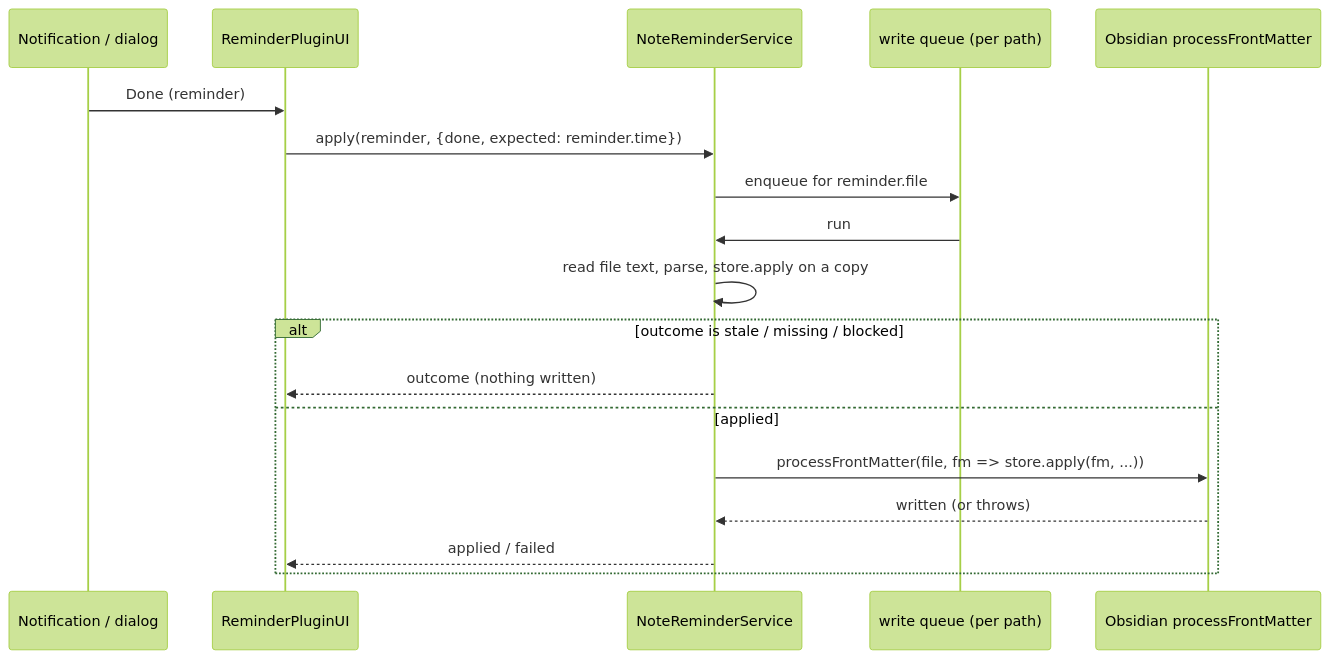
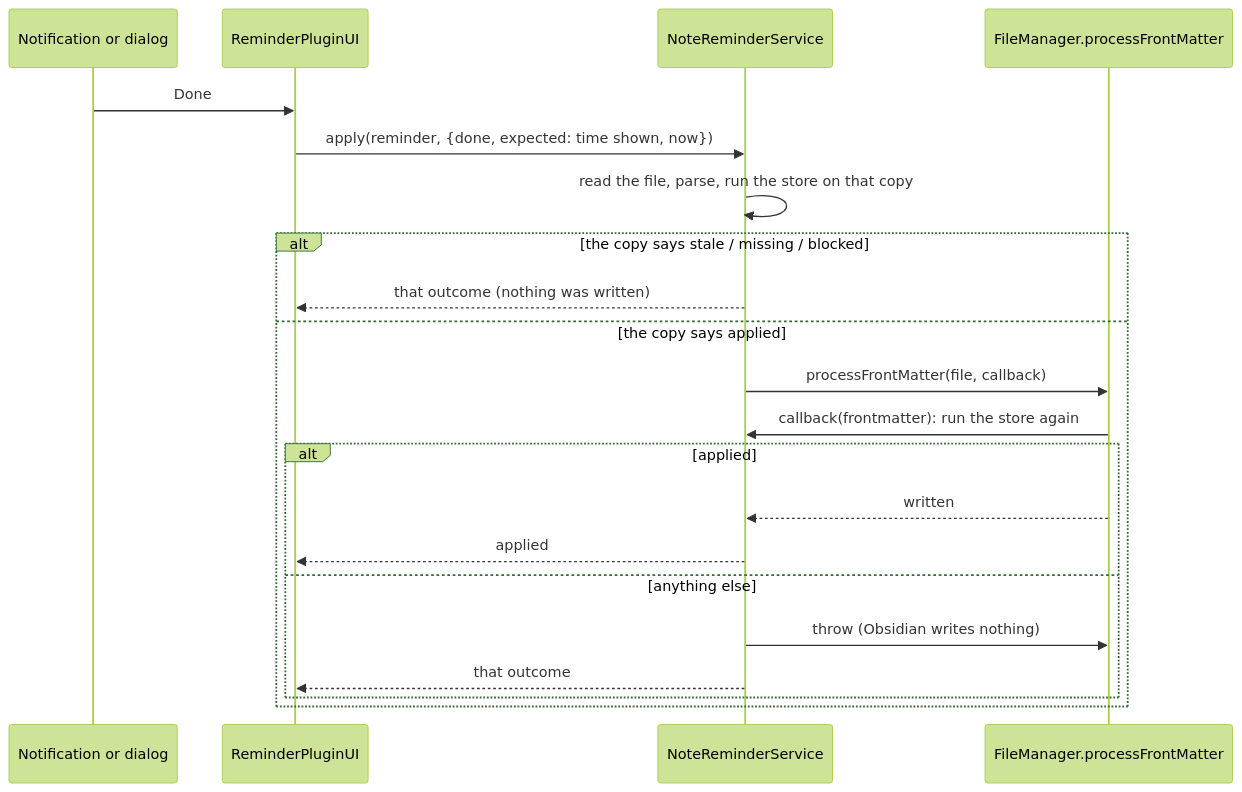
Before and after one commit to uphy/obsidian-reminder: the second of 2 diagrams in docs/designs/note-level-reminders.md, drawn with Mermaid (forest theme). The commit also changed other lines of this file, not shown here.

First line of the commit message:
docs: revise the note-level reminder design after review

````diff
--- a/docs/designs/note-level-reminders.md
+++ b/docs/designs/note-level-reminders.md
@@ -394,20 +491,23 @@
 ```mermaid
 sequenceDiagram
-  participant U as Notification / dialog
+  participant U as Notification or dialog
   participant UI as ReminderPluginUI
   participant S as NoteReminderService
-  participant Q as write queue (per path)
-  participant O as Obsidian processFrontMatter
-  U->>UI: Done (reminder)
-  UI->>S: apply(reminder, {done, expected: reminder.time})
-  S->>Q: enqueue for reminder.file
-  Q->>S: run
-  S->>S: read file text, parse, store.apply on a copy
-  alt outcome is stale / missing / blocked
-    S-->>UI: outcome (nothing written)
-  else applied
-    S->>O: processFrontMatter(file, fm => store.apply(fm, ...))
-    O-->>S: written (or throws)
-    S-->>UI: applied / failed
+  participant O as FileManager.processFrontMatter
+  U->>UI: Done
+  UI->>S: apply(reminder, {done, expected: time shown, now})
+  S->>S: read the file, parse, run the store on that copy
+  alt the copy says stale / missing / blocked
+    S-->>UI: that outcome (nothing was written)
+  else the copy says applied
+    S->>O: processFrontMatter(file, callback)
+    O->>S: callback(frontmatter): run the store again
+    alt applied
+      O-->>S: written
+      S-->>UI: applied
+    else anything else
+      S->>O: throw (Obsidian writes nothing)
+      S-->>UI: that outcome
+    end
   end
 ```
````
